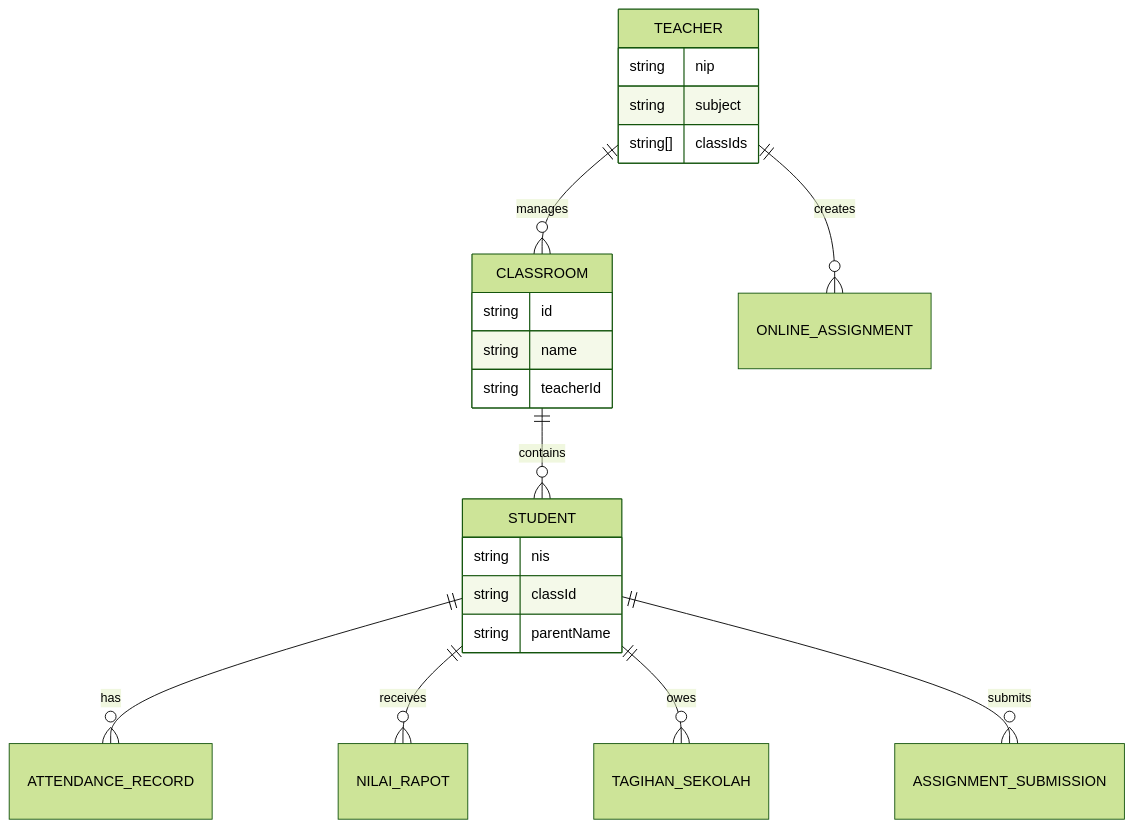
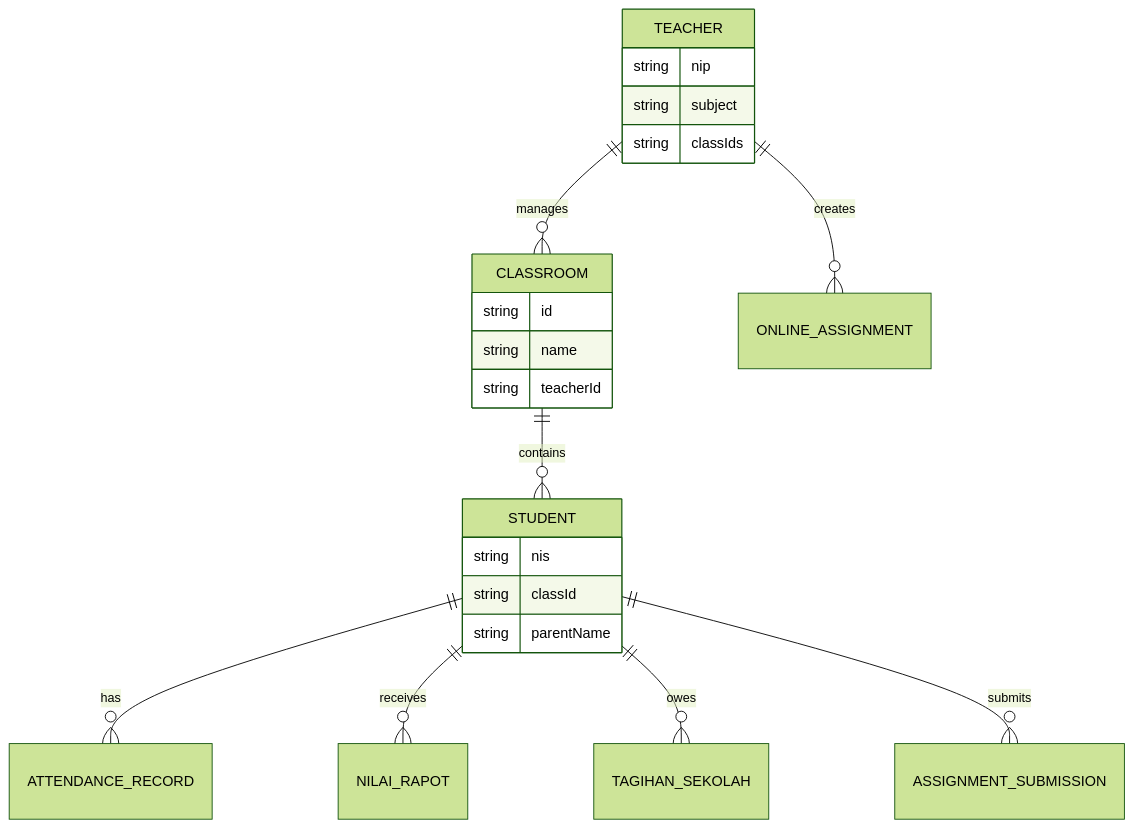
Diagram 12 of 24 in README.md (Delta-Polder-Indonesia/siakad-sekolah), drawn with Mermaid (forest theme) before and after one commit. The commit also changed other lines of this file and 8 other files, not shown here.

````diff
--- a/README.md
+++ b/README.md
@@ -659,26 +659,26 @@
 ```mermaid
 erDiagram
-    TEACHER ||--o{ CLASSROOM : "manages"
-    CLASSROOM ||--o{ STUDENT : "contains"
-    STUDENT ||--o{ ATTENDANCE_RECORD : "has"
-    STUDENT ||--o{ NILAI_RAPOT : "receives"
-    STUDENT ||--o{ TAGIHAN_SEKOLAH : "owes"
-    TEACHER ||--o{ ONLINE_ASSIGNMENT : "creates"
-    STUDENT ||--o{ ASSIGNMENT_SUBMISSION : "submits"
+    TEACHER ||--o{ CLASSROOM : manages
+    CLASSROOM ||--o{ STUDENT : contains
+    STUDENT ||--o{ ATTENDANCE_RECORD : has
+    STUDENT ||--o{ NILAI_RAPOT : receives
+    STUDENT ||--o{ TAGIHAN_SEKOLAH : owes
+    TEACHER ||--o{ ONLINE_ASSIGNMENT : creates
+    STUDENT ||--o{ ASSIGNMENT_SUBMISSION : submits
 
     TEACHER {
         string nip
         string subject
-        string[] classIds
+        string classIds
     }
     STUDENT {
         string nis
         string classId
         string parentName
     }
     CLASSROOM {
         string id
         string name
         string teacherId
     }
 ```
````
